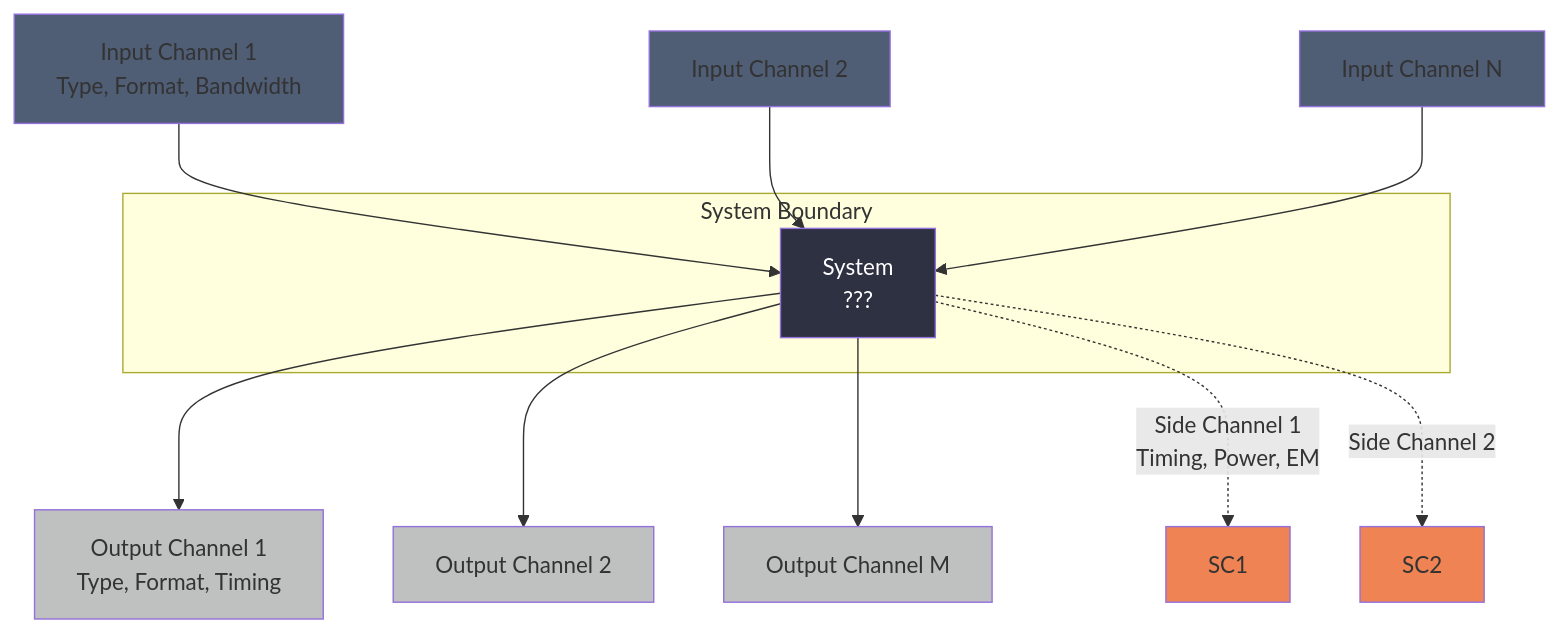
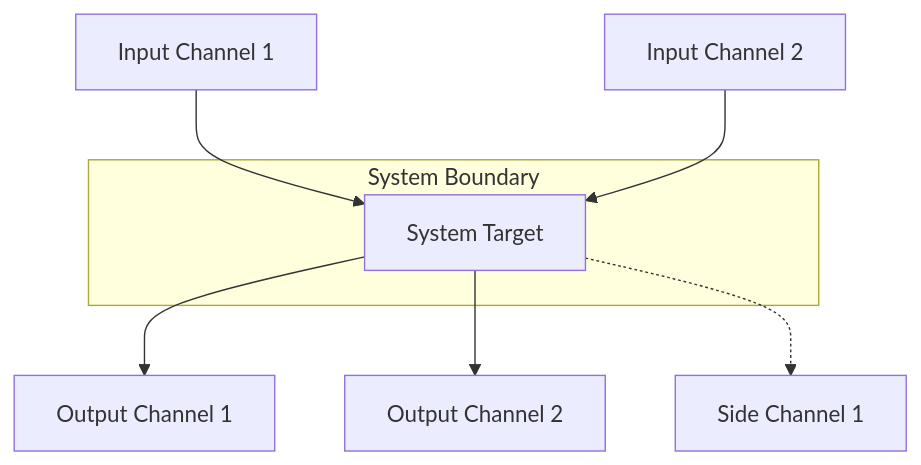
Before and after one commit to NikolasMarkou/prompt_collections: the fifth of 13 diagrams in system_reverse_engineering.md, drawn with Mermaid. The commit also changed other lines of this file, not shown here.

````diff
--- a/system_reverse_engineering.md
+++ b/system_reverse_engineering.md
@@ -291,27 +145,12 @@
-```mermaid
-graph TB
-    subgraph "System Boundary"
-    S[System<br/>???]
-    end
-    
-    I1[Input Channel 1<br/>Type, Format, Bandwidth] --> S
-    I2[Input Channel 2] --> S
-    I3[Input Channel N] --> S
-    
-    S --> O1[Output Channel 1<br/>Type, Format, Timing]
-    S --> O2[Output Channel 2]
-    S --> O3[Output Channel M]
-    
-    S -.->|Side Channel 1<br/>Timing, Power, EM| SC1
-    S -.->|Side Channel 2| SC2
-    
-    style S fill:#2d3142,color:#fff
-    style I1 fill:#4f5d75
-    style I2 fill:#4f5d75
-    style I3 fill:#4f5d75
-    style O1 fill:#bfc0c0
-    style O2 fill:#bfc0c0
-    style O3 fill:#bfc0c0
-    style SC1 fill:#ef8354
-    style SC2 fill:#ef8354
-```
+        ```mermaid
+        graph TB
+            subgraph "System Boundary"
+                S[System Target]
+            end
+            
+            I1[Input Channel 1] --> S
+            I2[Input Channel 2] --> S
+            S --> O1[Output Channel 1]
+            S --> O2[Output Channel 2]
+            S -.-> SC1[Side Channel 1]
+        ```
````
